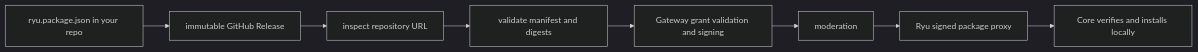
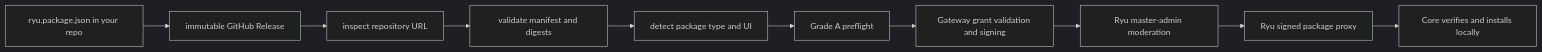
The first of 2 diagrams in content/docs/extend/develop/extensions/marketplace.mdx (amajorai/ryu-docs), drawn with Mermaid (dark theme) before and after one commit. The commit also changed other lines of this file and 2538 other files, not shown here.

````diff
--- a/content/docs/extend/develop/extensions/marketplace.mdx
+++ b/content/docs/extend/develop/extensions/marketplace.mdx
@@ -71,10 +73,12 @@
 ```mermaid
 flowchart LR
   A[ryu.package.json in your repo] --> B[immutable GitHub Release]
   B --> C[inspect repository URL]
   C --> D[validate manifest and digests]
-  D --> E[Gateway grant validation and signing]
-  E --> F[moderation]
-  F --> G[Ryu signed package proxy]
-  G --> H[Core verifies and installs locally]
+  D --> E[detect package type and UI]
+  E --> F[Grade A preflight]
+  F --> G[Gateway grant validation and signing]
+  G --> H[Ryu master-admin moderation]
+  H --> I[Ryu signed package proxy]
+  I --> J[Core verifies and installs locally]
 ```
````
